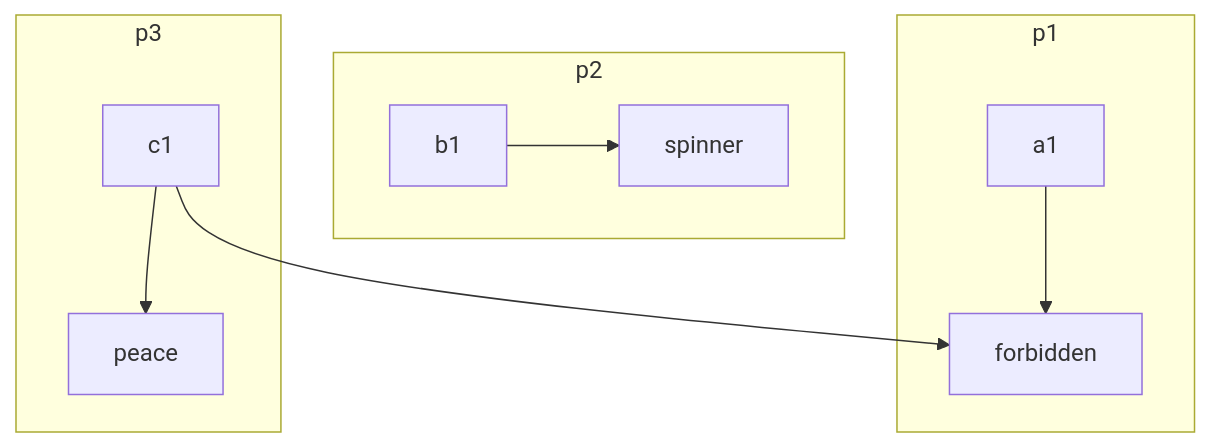
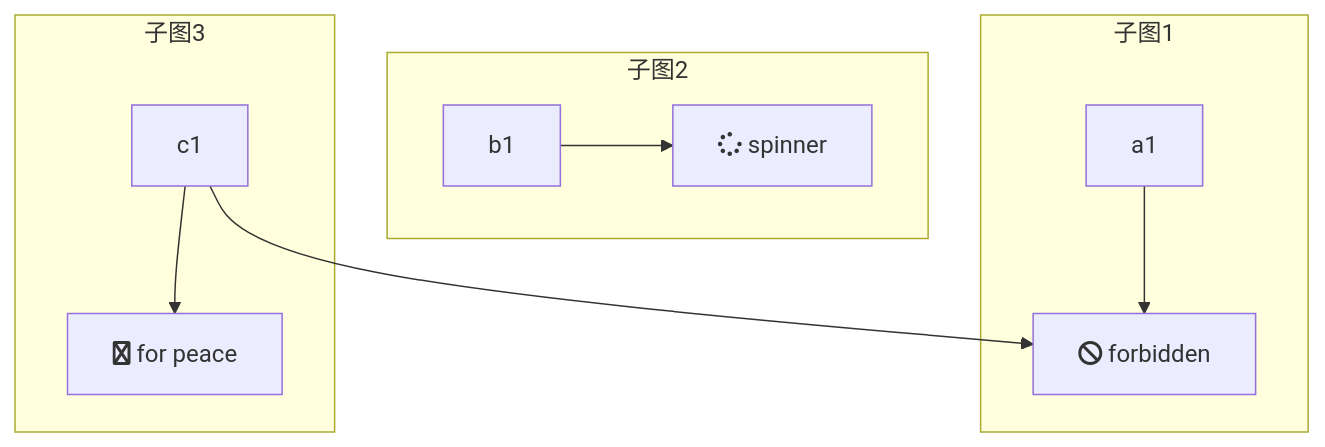
One commit to montanus2019/montanus2019.github.io changed diagram 12 of 12 in _posts/2019-01-09-Mermaid画流程图语法.md. Above: the diagram before and after it, drawn with Mermaid. The commit also changed other lines of this file and 4 other files, not shown here.

Commit message:
Mermaid语法

```diff
--- a/_posts/2019-01-09-Mermaid画流程图语法.md
+++ b/_posts/2019-01-09-Mermaid画流程图语法.md
@@ -254,13 +255,13 @@
 <div class="mermaid">
-	graph TB
-		subgraph p1
-		a1-->a2[forbidden]
-		end
-		subgraph p2
-		b1-->b2[spinner]
-		end
-		subgraph p3
-		c1-->c2[peace]
-		end
-		c1-->a2
+graph TB
+subgraph 子图1
+a1 --> a2[fa:fa-ban forbidden]
+end
+subgraph 子图2
+b1 --> b2[fa:fa-spinner spinner]
+end
+subgraph 子图3
+c1 --> c2["fa:fa-twitter for peace"]
+end
+c1 --> a2
 </div>
```
